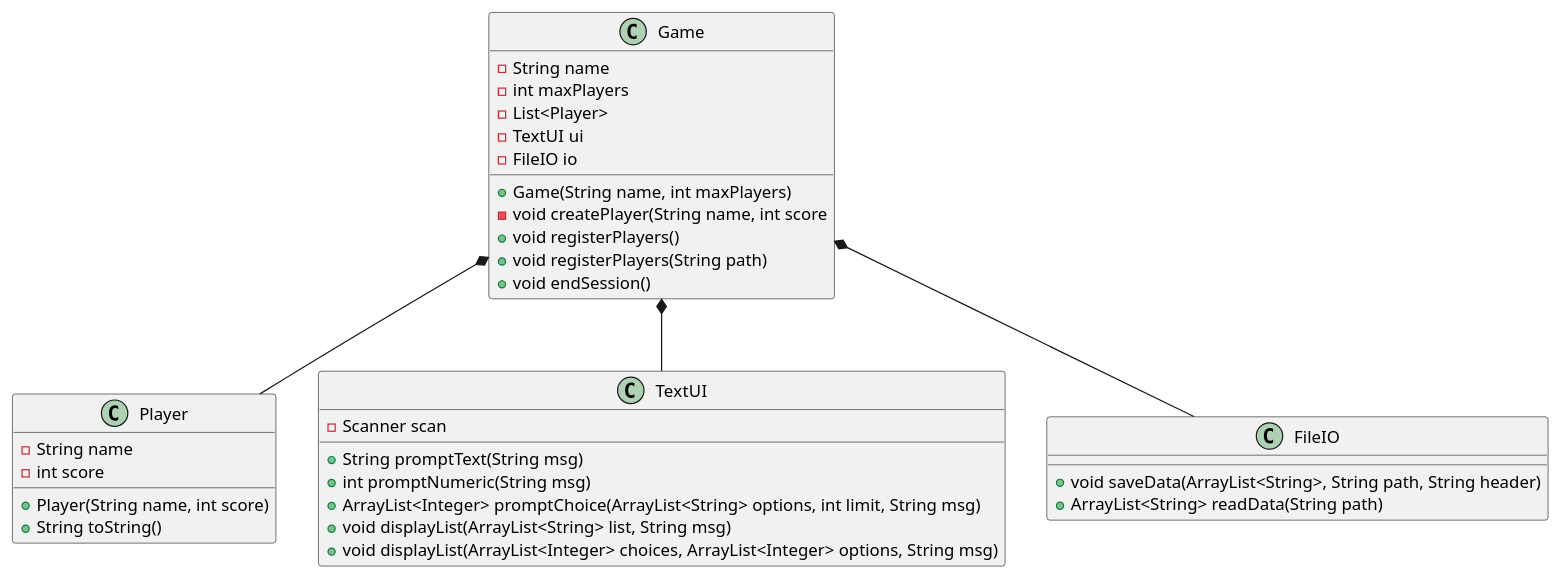
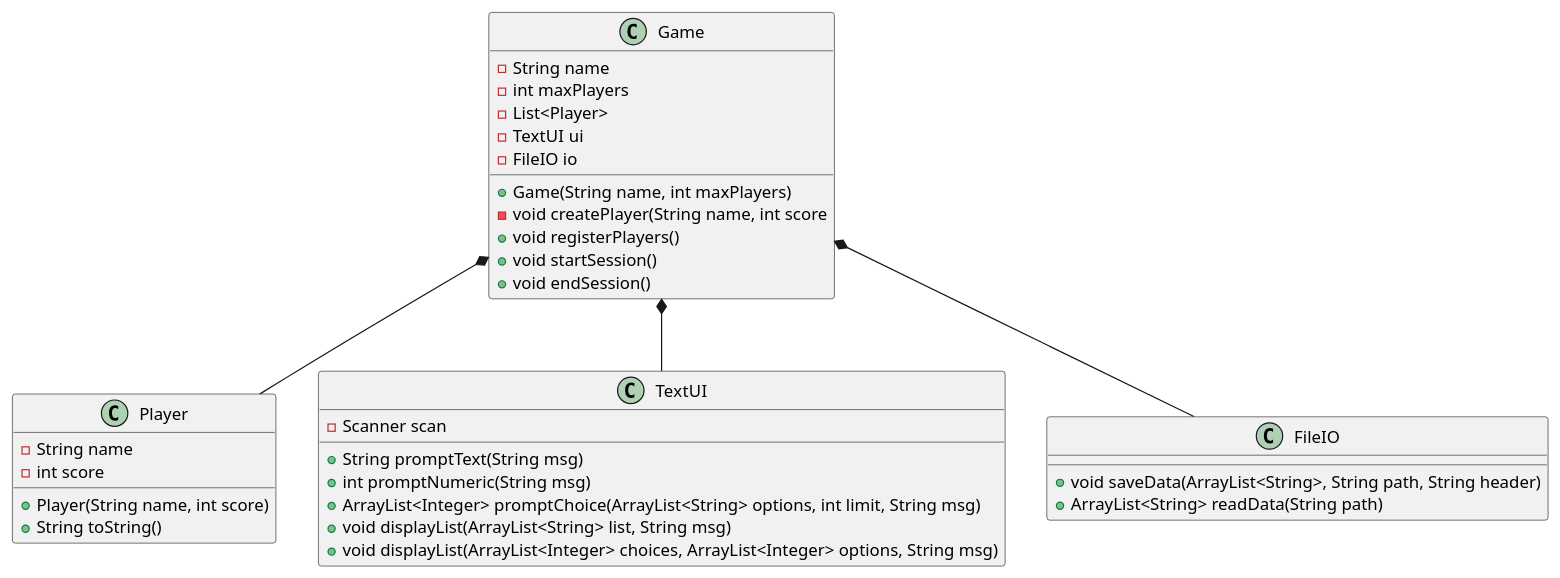
One commit to Eligoon/Game changed the diagram in Doc/classdiagram_v3.puml. Above: the diagram before and after it, drawn with PlantUML. The commit also changed 3 other files, not shown here.

```diff
--- a/Doc/classdiagram_v3.puml
+++ b/Doc/classdiagram_v3.puml
@@ -1,53 +1,53 @@
 @startuml
 'https://plantuml.com/class-diagram
 
 class Game
 class Player
 
 
 Game *-- Player
 Game *-- TextUI
 
 Game *-- FileIO
 
 
 
 class Game {
 - String name
 - int maxPlayers
 - List<Player>
 - TextUI ui
 - FileIO io
 + Game(String name, int maxPlayers)
 - void createPlayer(String name, int score
 + void registerPlayers()
-+ void registerPlayers(String path)
++ void startSession()
 + void endSession()
 
 }
 class Player {
 - String name
 - int score
 + Player(String name, int score)
 + String toString()
 }
 
 class TextUI {
 - Scanner scan
 ' shows a message and returns the user's input as a String
 + String promptText(String msg)
 ' shows a message and returns the user's input as an integer
 + int promptNumeric(String msg)
 ' shows the options, promts for choices until limit is reached, and returns the user's choices as a list
 + ArrayList<Integer> promptChoice(ArrayList<String> options, int limit, String msg)
 ' shows a message and lists the content of a list
 + void displayList(ArrayList<String> list, String msg)
 + void displayList(ArrayList<Integer> choices, ArrayList<Integer> options, String msg)
 }
 
 class FileIO{
 + void saveData(ArrayList<String>, String path, String header)
 + ArrayList<String> readData(String path)
 }
 
 @enduml
```
